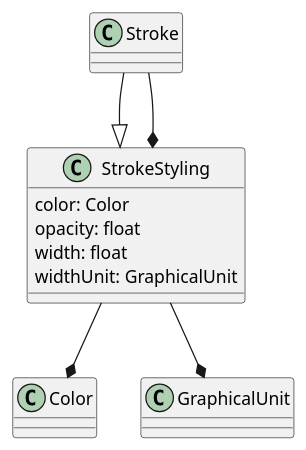
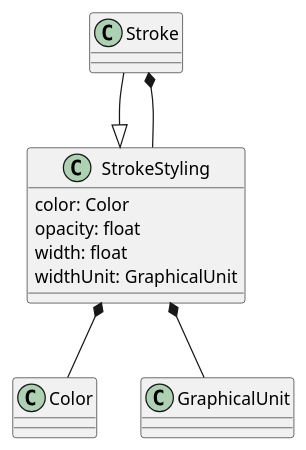
One commit to opengeospatial/styles-and-symbology changed the sixth of 11 diagrams in core/sections/clause_8_vector.adoc. Above: the diagram before and after it, drawn with PlantUML. The commit also changed other lines of this file and 10 other files, not shown here.

```diff
--- a/core/sections/clause_8_vector.adoc
+++ b/core/sections/clause_8_vector.adoc
@@ -189,12 +189,12 @@
 [plantuml, target=diagram-classes, format=png]
 ....
 Stroke --|> StrokeStyling
-Stroke --* StrokeStyling
+Stroke *-- StrokeStyling
 
 StrokeStyling : color: Color
 StrokeStyling : opacity: float
 StrokeStyling : width: float
 StrokeStyling : widthUnit: GraphicalUnit
-StrokeStyling --* Color
-StrokeStyling --* GraphicalUnit
+StrokeStyling *-- Color
+StrokeStyling *-- GraphicalUnit
 ....
```
